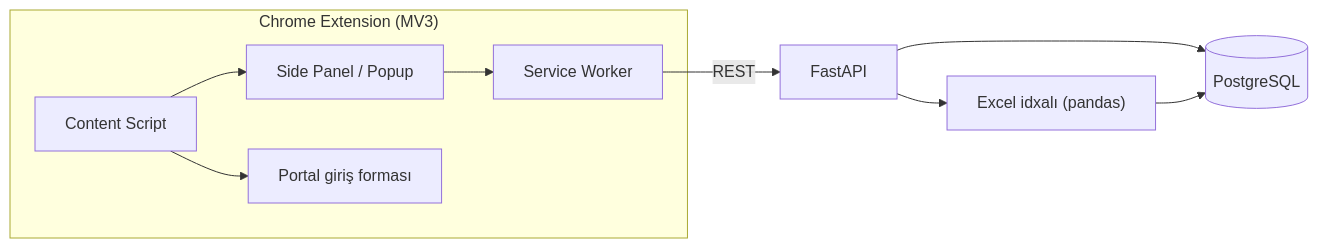
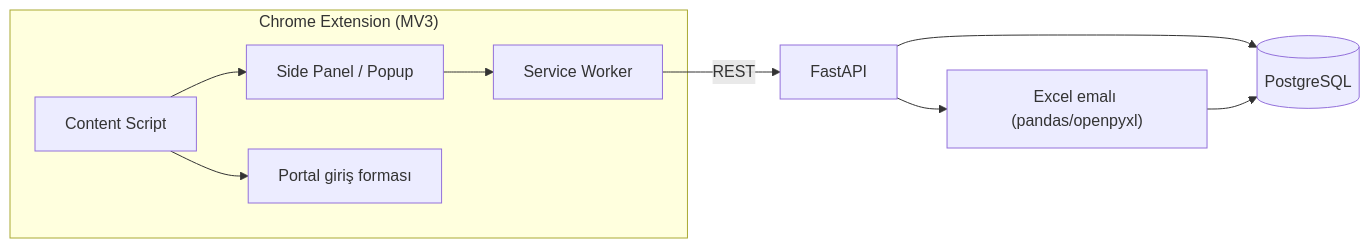
One commit to nihat2001/TaxPro changed the first of 2 diagrams in README.md. Above: the diagram before and after it, drawn with Mermaid. The commit also changed other lines of this file and 1 other file, not shown here.

````diff
--- a/README.md
+++ b/README.md
@@ -18,12 +25,12 @@
 ```mermaid
 flowchart LR
     subgraph EXT["Chrome Extension (MV3)"]
         SP[Side Panel / Popup] --> BG[Service Worker]
         CS[Content Script] --> SP
         CS --> FORM[Portal giriş forması]
     end
     BG -->|REST| API[FastAPI]
     API --> DB[(PostgreSQL)]
-    API --> PARSER["Excel idxalı (pandas)"]
+    API --> PARSER["Excel emalı (pandas/openpyxl)"]
     PARSER --> DB
 ```
````
